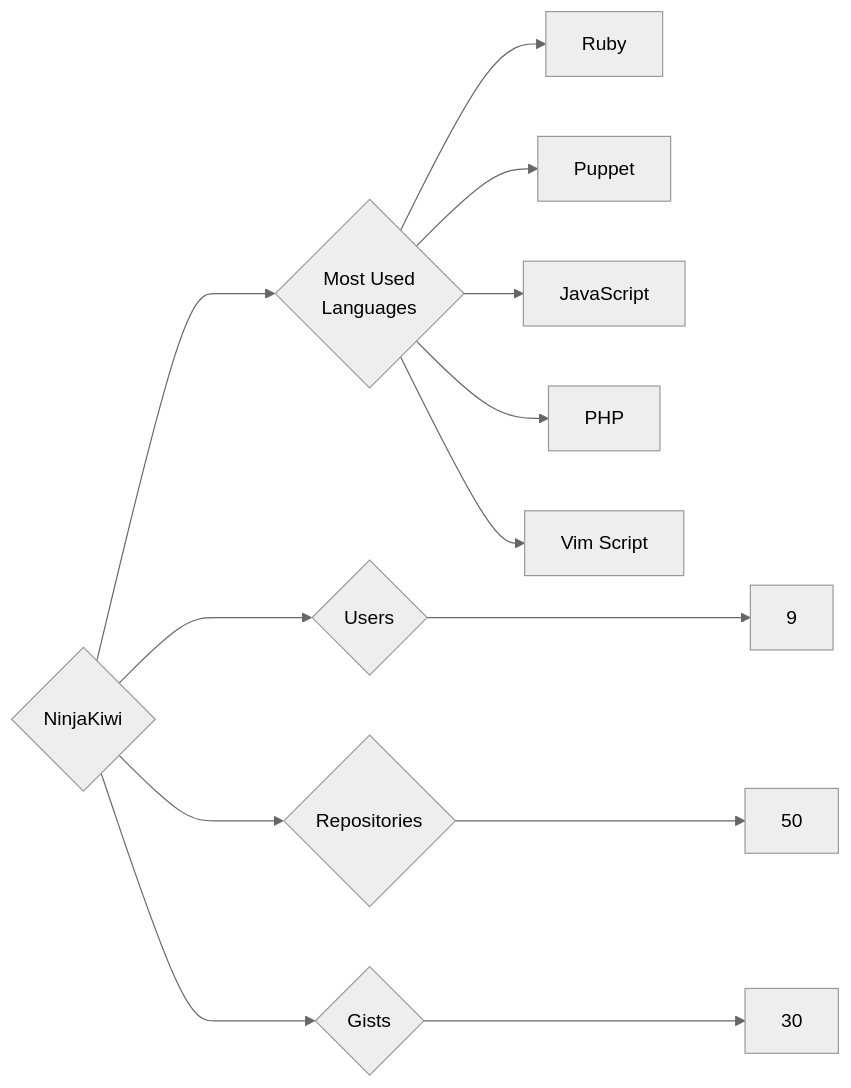
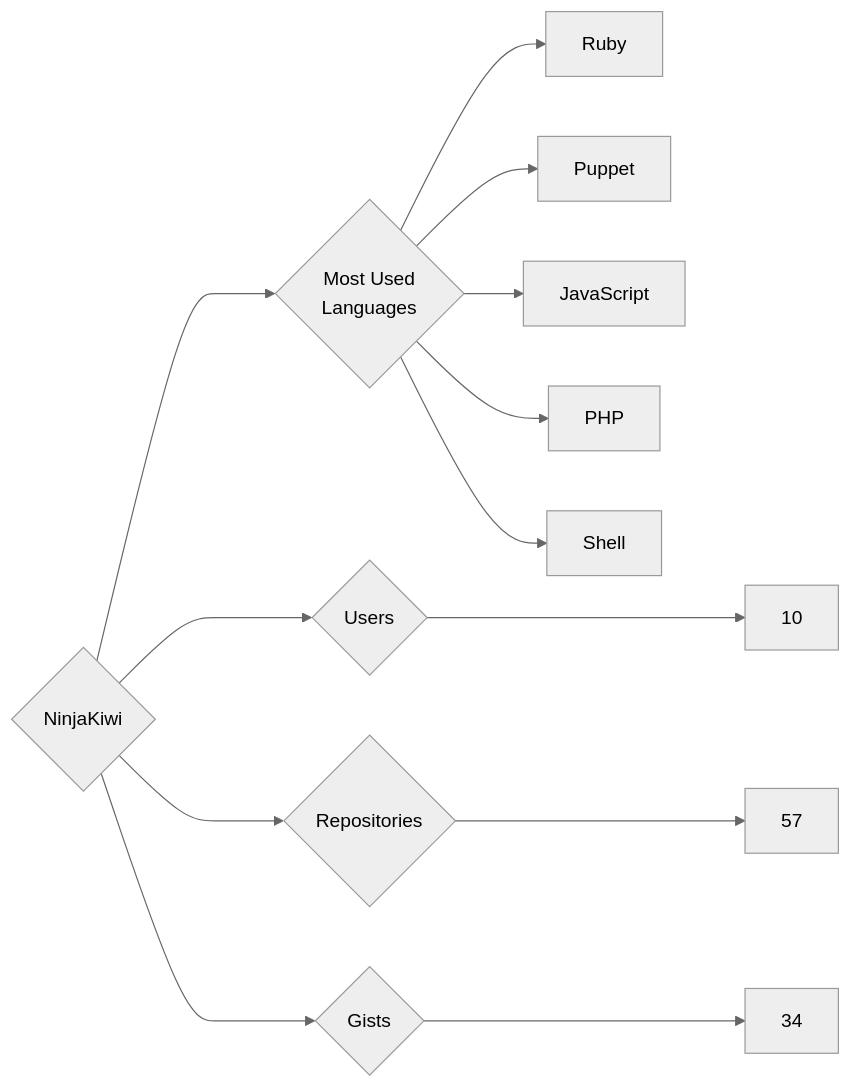
One commit to trickest/insiders changed the diagram in targets/NinjaKiwi/README.md. Above: the diagram before and after it, drawn with Mermaid (neutral theme). The commit also changed 1479 other files, not shown here.

````diff
--- a/targets/NinjaKiwi/README.md
+++ b/targets/NinjaKiwi/README.md
@@ -3,13 +3,13 @@
 ```mermaid
 graph LR
 COMPANY_NAME{NinjaKiwi}
-COMPANY_NAME ---> U{Users} ---> UN[9]
-COMPANY_NAME ---> R{Repositories} ---> RN[50]
-COMPANY_NAME ---> G{Gists} ---> GN[30]
+COMPANY_NAME ---> U{Users} ---> UN[10]
+COMPANY_NAME ---> R{Repositories} ---> RN[57]
+COMPANY_NAME ---> G{Gists} ---> GN[34]
 COMPANY_NAME ---> ML{Most Used<br>Languages}
 ML --> Ruby[Ruby]
 ML --> Puppet[Puppet]
 ML --> JavaScript[JavaScript]
 ML --> PHP[PHP]
-ML --> Vim_Script[Vim Script]
+ML --> Shell[Shell]
 ```
````
